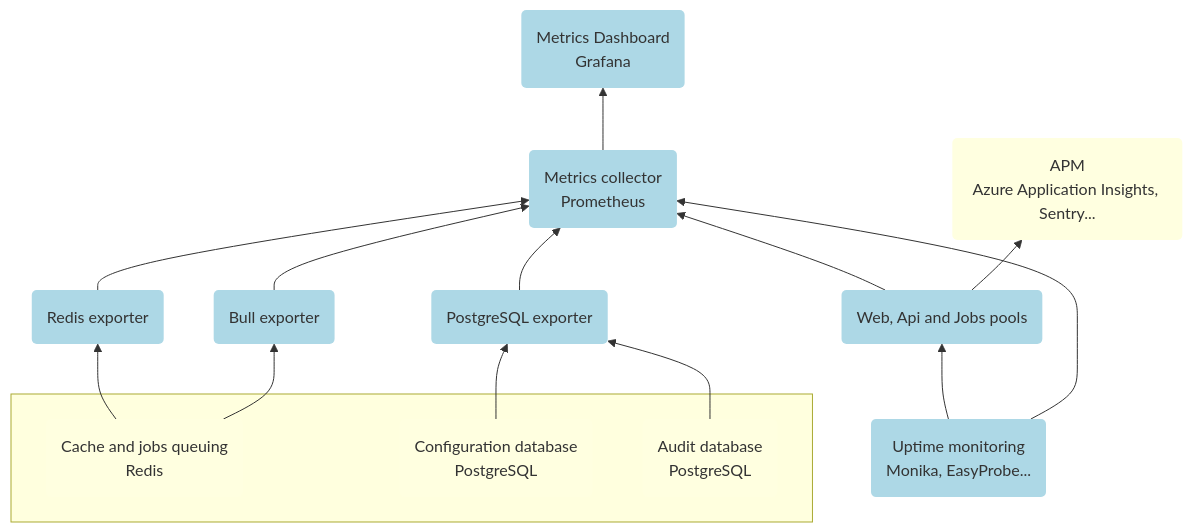
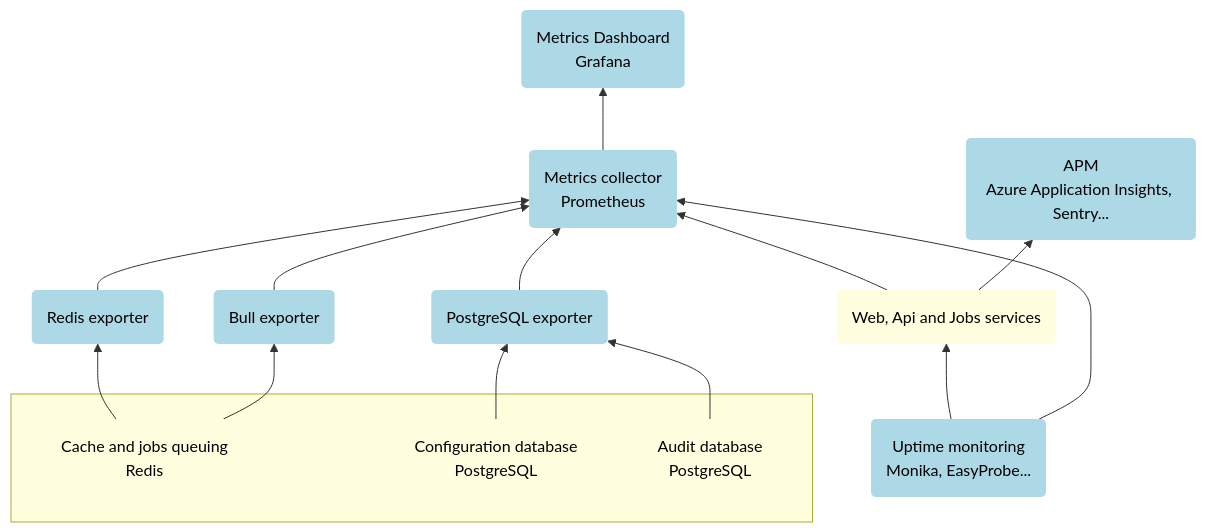
One commit to Emrin/hosting changed the third of 3 diagrams in README.md. Above: the diagram before and after it, drawn with Mermaid. The commit also changed other lines of this file and 1 other file, not shown here.

Commit message:
updated readme and diagrams

````diff
--- a/README.md
+++ b/README.md
@@ -262,62 +282,62 @@
 ```mermaid
 graph BT
 
     %% Nodes
 
     subgraph backingservices[ ]
-        redis(Cache and jobs queuing<br />Redis)
-        postgresmain(Configuration database<br />PostgreSQL)
-        postgresevents(Audit database<br />PostgreSQL)
+        redis(<font color=black>Cache and jobs queuing<br />Redis)
+        postgresmain(<font color=black>Configuration database<br />PostgreSQL)
+        postgresevents(<font color=black>Audit database<br />PostgreSQL)
     end
 
-    uptime(Uptime monitoring<br />Monika, EasyProbe...)
+    uptime(<font color=black>Uptime monitoring<br />Monika, EasyProbe...)
 
-    apptiers(Web, Api and Jobs pools)
+    apptiers(<font color=black>Web, Api and Jobs services)
 
-    redis(Cache and jobs queuing<br />Redis)
-    redisexporter(Redis exporter)
+    redis(<font color=black>Cache and jobs queuing<br />Redis)
+    redisexporter(<font color=black>Redis exporter)
 
-    bullexporter(Bull exporter)
+    bullexporter(<font color=black>Bull exporter)
 
-    pgexporter(PostgreSQL exporter)
+    pgexporter(<font color=black>PostgreSQL exporter)
 
-    metrics(Metrics collector<br />Prometheus)
-    metricsdashboard(Metrics Dashboard<br />Grafana)
-    apmdashboard(APM<br />Azure Application Insights, Sentry...)
+    metrics(<font color=black>Metrics collector<br />Prometheus)
+    metricsdashboard(<font color=black>Metrics Dashboard<br />Grafana)
+    apmdashboard(<font color=black>APM<br />Azure Application Insights, Sentry...)
 
     %% Links
     metrics --> metricsdashboard
 
     uptime --> apptiers
     uptime --> metrics
 
     apptiers --> metrics
     apptiers --> apmdashboard
 
     redis --> redisexporter
     redis --> bullexporter
     redisexporter --> metrics
     bullexporter --> metrics
 
     postgresmain --> pgexporter
     postgresevents --> pgexporter
     pgexporter --> metrics
 
-
     %% Styles
 
     classDef containers fill:#ADD8E6, stroke-width:0px;
-        class apptiers containers
         class redisexporter containers
         class bullexporter containers
         class pgexporter containers
         class uptime containers
         class metrics containers
         class metricsdashboard containers
+        class apmdashboard containers
+
     classDef azureservices fill:#FFFFE0, stroke-width:0px;
-        class apmdashboard azureservices
+        class apptiers azureservices
         class appinsights azureservices
         class redis azureservices
         class postgresmain azureservices
         class postgresevents azureservices
 ```
````
